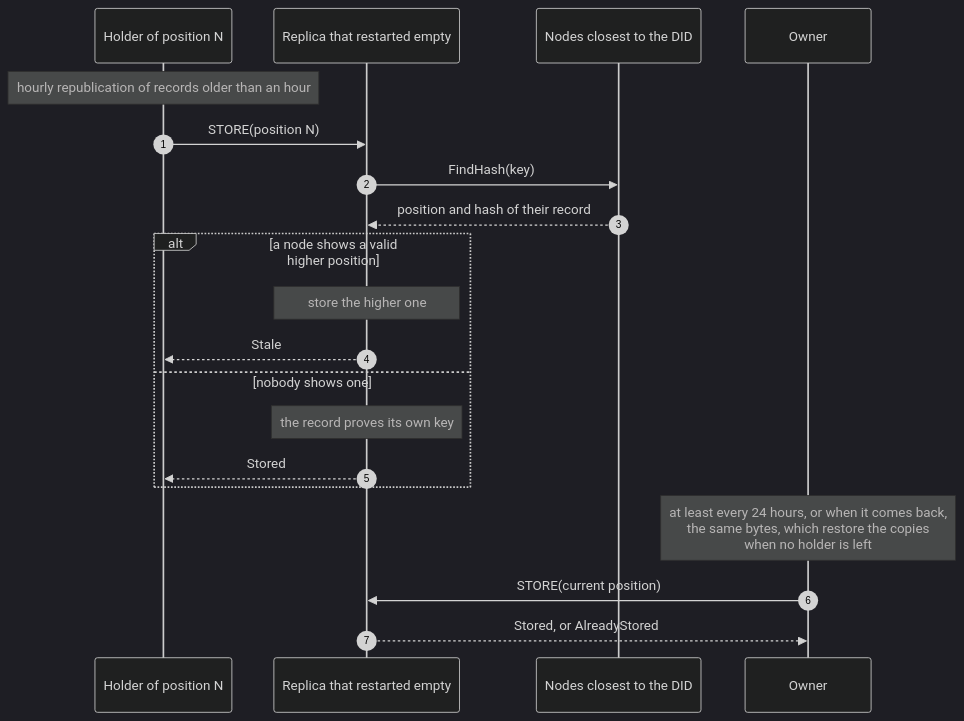
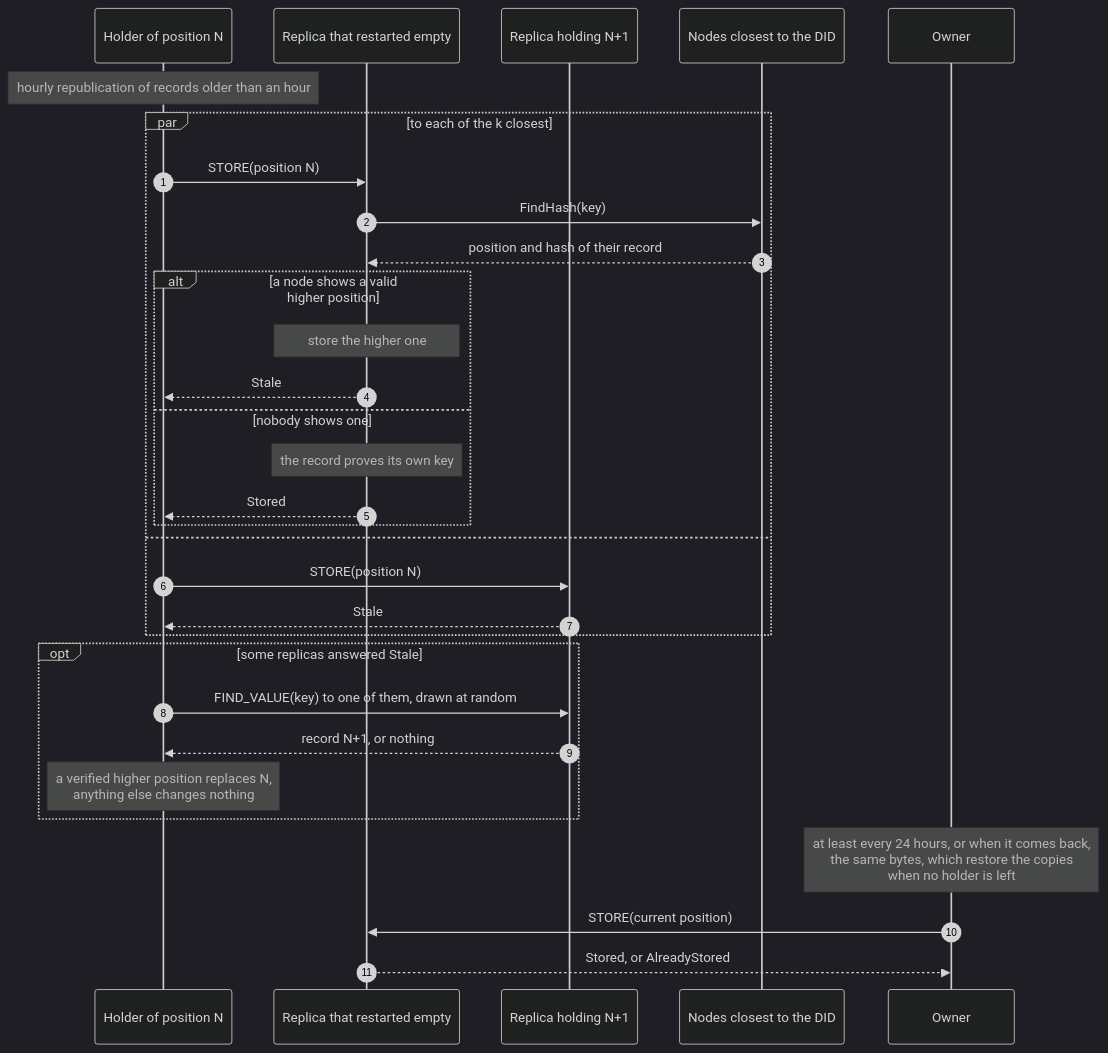
Before and after one commit to fratrung/auth-kademlia-rs: the diagram in docs/design/repair.mmd, drawn with Mermaid (dark theme). The commit also changed 9 other files, not shown here.

```diff
--- a/docs/design/repair.mmd
+++ b/docs/design/repair.mmd
@@ -1,20 +1,31 @@
 sequenceDiagram
     autonumber
     participant H as Holder of position N
     participant E as Replica that restarted empty
+    participant R as Replica holding N+1
     participant C as Nodes closest to the DID
     participant O as Owner
     Note over H: hourly republication of records older than an hour
-    H->>E: STORE(position N)
-    E->>C: FindHash(key)
-    C-->>E: position and hash of their record
-    alt a node shows a valid higher position
-        Note over E: store the higher one
-        E-->>H: Stale
-    else nobody shows one
-        Note over E: the record proves its own key
-        E-->>H: Stored
+    par to each of the k closest
+        H->>E: STORE(position N)
+        E->>C: FindHash(key)
+        C-->>E: position and hash of their record
+        alt a node shows a valid higher position
+            Note over E: store the higher one
+            E-->>H: Stale
+        else nobody shows one
+            Note over E: the record proves its own key
+            E-->>H: Stored
+        end
+    and
+        H->>R: STORE(position N)
+        R-->>H: Stale
+    end
+    opt some replicas answered Stale
+        H->>R: FIND_VALUE(key) to one of them, drawn at random
+        R-->>H: record N+1, or nothing
+        Note over H: a verified higher position replaces N,<br/>anything else changes nothing
     end
     Note over O: at least every 24 hours, or when it comes back,<br/>the same bytes, which restore the copies<br/>when no holder is left
     O->>E: STORE(current position)
     E-->>O: Stored, or AlreadyStored
```
